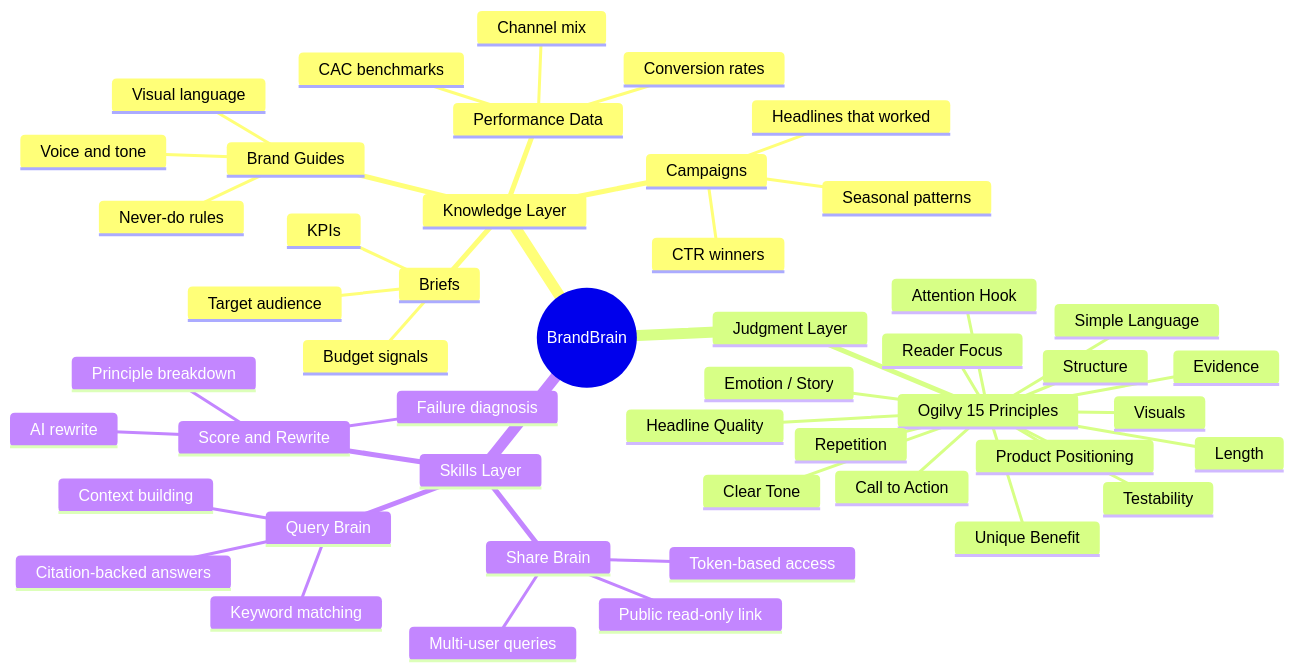
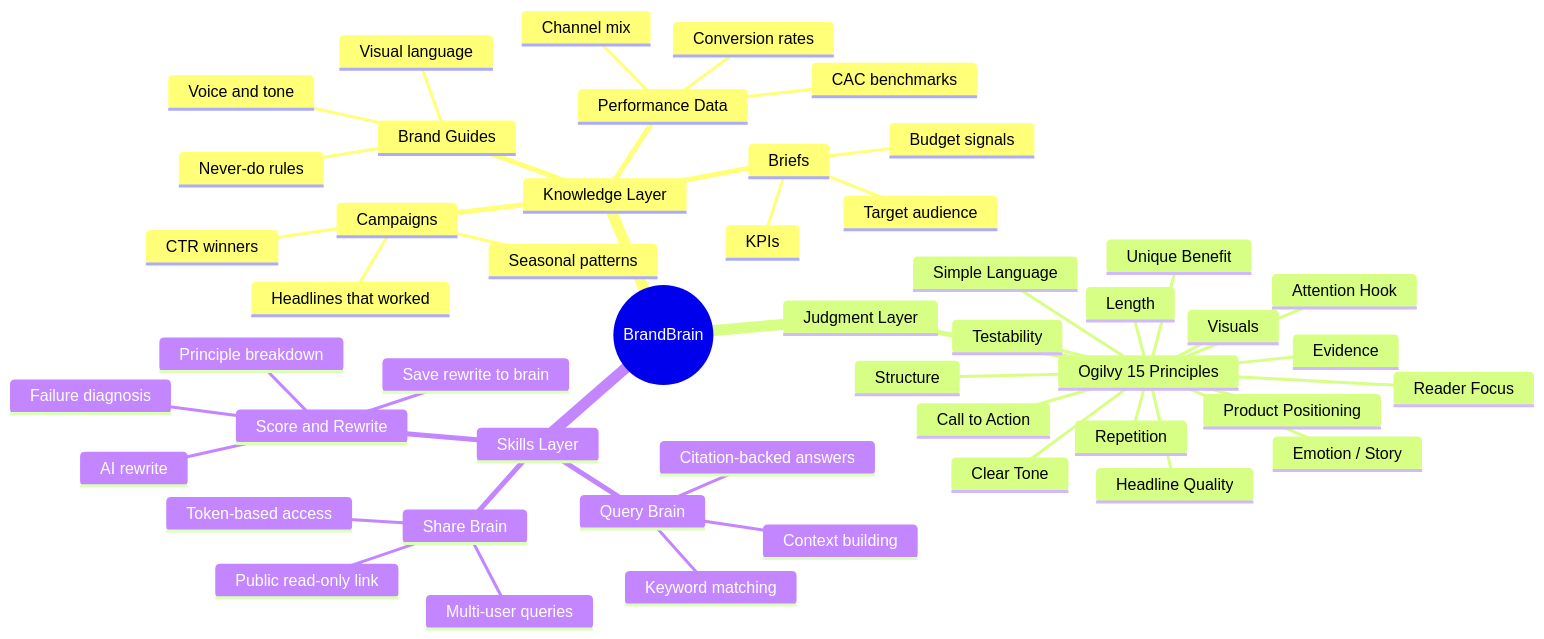
The sixth of 7 diagrams in README.md (NikhilRaikwar/BrandBrain), drawn with Mermaid before and after one commit. The commit also changed other lines of this file, not shown here.

````diff
--- a/README.md
+++ b/README.md
@@ -227,51 +228,52 @@
 ```mermaid
 mindmap
   root((BrandBrain))
     Knowledge Layer
       Campaigns
         Headlines that worked
         CTR winners
         Seasonal patterns
       Brand Guides
         Voice and tone
         Never-do rules
         Visual language
       Briefs
         Target audience
         KPIs
         Budget signals
       Performance Data
         CAC benchmarks
         Conversion rates
         Channel mix
     Judgment Layer
       Ogilvy 15 Principles
         Product Positioning
         Unique Benefit
         Headline Quality
         Reader Focus
         Clear Tone
         Simple Language
         Evidence
         Emotion / Story
         Structure
         Call to Action
         Visuals
         Testability
         Length
         Attention Hook
         Repetition
     Skills Layer
       Query Brain
         Citation-backed answers
         Keyword matching
         Context building
       Score and Rewrite
         Principle breakdown
         Failure diagnosis
         AI rewrite
+        Save rewrite to brain
       Share Brain
         Public read-only link
         Token-based access
         Multi-user queries
 ```
````
